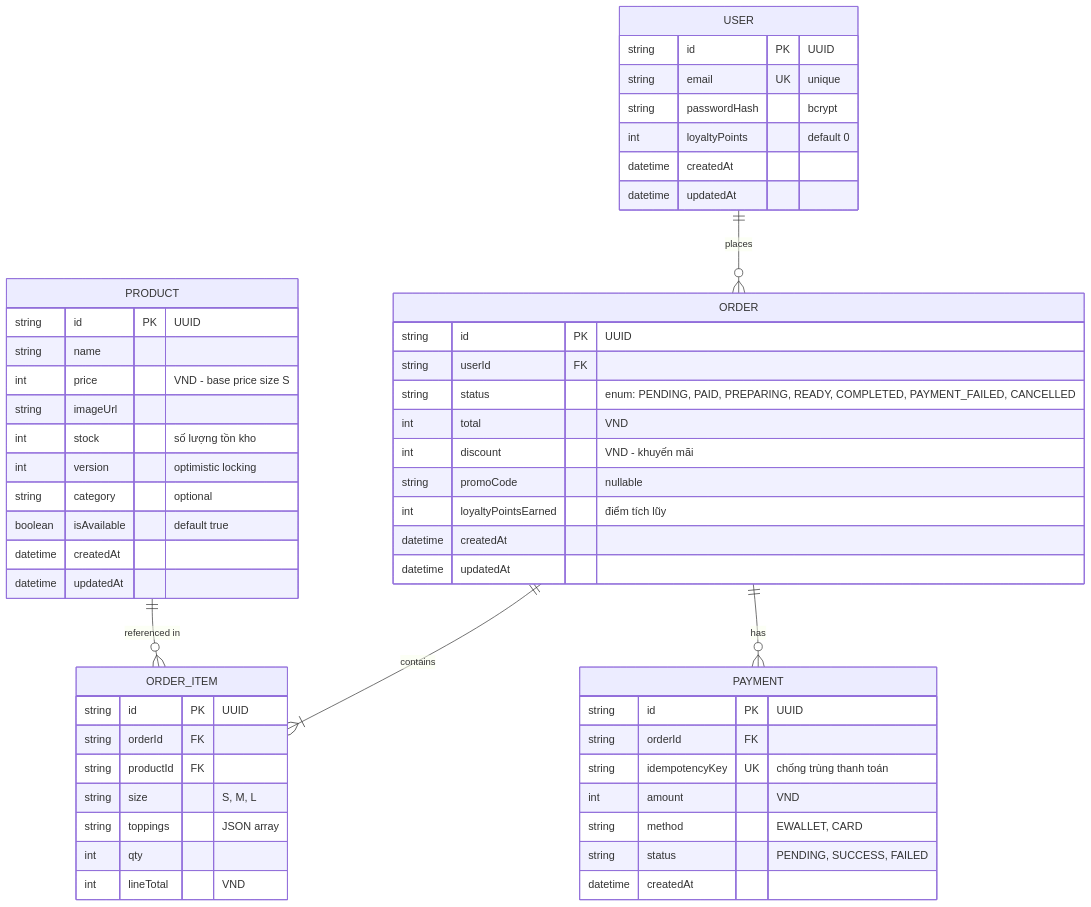
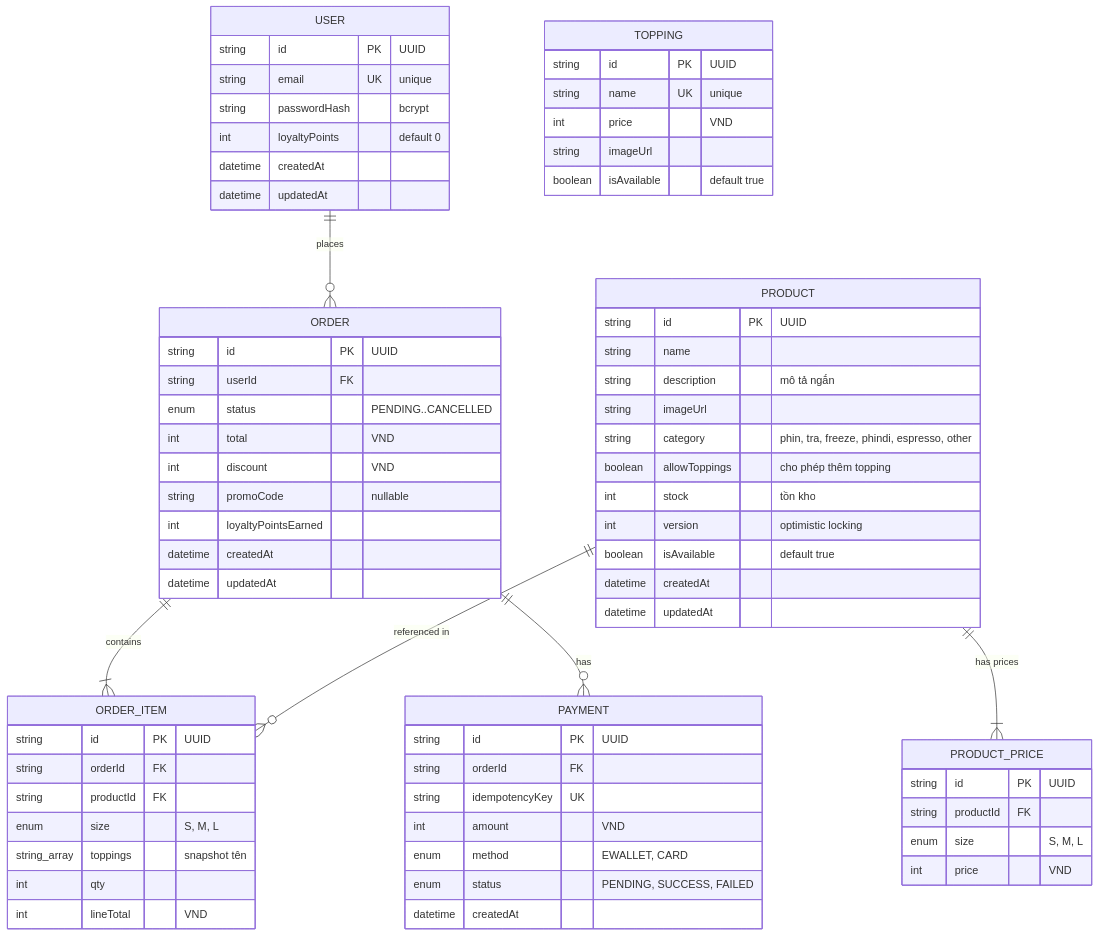
One commit to PhucTruong11/SWE changed the second of 9 diagrams in PROJECT_FLOW.md. Above: the diagram before and after it, drawn with Mermaid. The commit also changed other lines of this file, not shown here.

Commit message:
docs: update PROJECT_FLOW.md v2.0 - new ERD (7 tables), pricing, toppings, indexes, OTP & timeout flows

````diff
--- a/PROJECT_FLOW.md
+++ b/PROJECT_FLOW.md
@@ -118,61 +118,78 @@
 ```mermaid
 erDiagram
     USER ||--o{ ORDER : "places"
     ORDER ||--|{ ORDER_ITEM : "contains"
     ORDER ||--o{ PAYMENT : "has"
     PRODUCT ||--o{ ORDER_ITEM : "referenced in"
+    PRODUCT ||--|{ PRODUCT_PRICE : "has prices"
 
     USER {
         string id PK "UUID"
         string email UK "unique"
         string passwordHash "bcrypt"
         int loyaltyPoints "default 0"
         datetime createdAt
         datetime updatedAt
     }
 
     PRODUCT {
         string id PK "UUID"
         string name
-        int price "VND - base price size S"
+        string description "mô tả ngắn"
         string imageUrl
-        int stock "số lượng tồn kho"
+        string category "phin, tra, freeze, phindi, espresso, other"
+        boolean allowToppings "cho phép thêm topping"
+        int stock "tồn kho"
         int version "optimistic locking"
-        string category "optional"
         boolean isAvailable "default true"
         datetime createdAt
         datetime updatedAt
     }
 
+    PRODUCT_PRICE {
+        string id PK "UUID"
+        string productId FK
+        enum size "S, M, L"
+        int price "VND"
+    }
+
+    TOPPING {
+        string id PK "UUID"
+        string name UK "unique"
+        int price "VND"
+        string imageUrl
+        boolean isAvailable "default true"
+    }
+
     ORDER {
         string id PK "UUID"
         string userId FK
-        string status "enum: PENDING, PAID, PREPARING, READY, COMPLETED, PAYMENT_FAILED, CANCELLED"
+        enum status "PENDING..CANCELLED"
         int total "VND"
-        int discount "VND - khuyến mãi"
+        int discount "VND"
         string promoCode "nullable"
-        int loyaltyPointsEarned "điểm tích lũy"
+        int loyaltyPointsEarned
         datetime createdAt
         datetime updatedAt
     }
 
     ORDER_ITEM {
         string id PK "UUID"
         string orderId FK
         string productId FK
-        string size "S, M, L"
-        string toppings "JSON array"
+        enum size "S, M, L"
+        string_array toppings "snapshot tên"
         int qty
         int lineTotal "VND"
     }
 
     PAYMENT {
         string id PK "UUID"
         string orderId FK
-        string idempotencyKey UK "chống trùng thanh toán"
+        string idempotencyKey UK
         int amount "VND"
-        string method "EWALLET, CARD"
-        string status "PENDING, SUCCESS, FAILED"
+        enum method "EWALLET, CARD"
+        enum status "PENDING, SUCCESS, FAILED"
         datetime createdAt
     }
 ```
````
